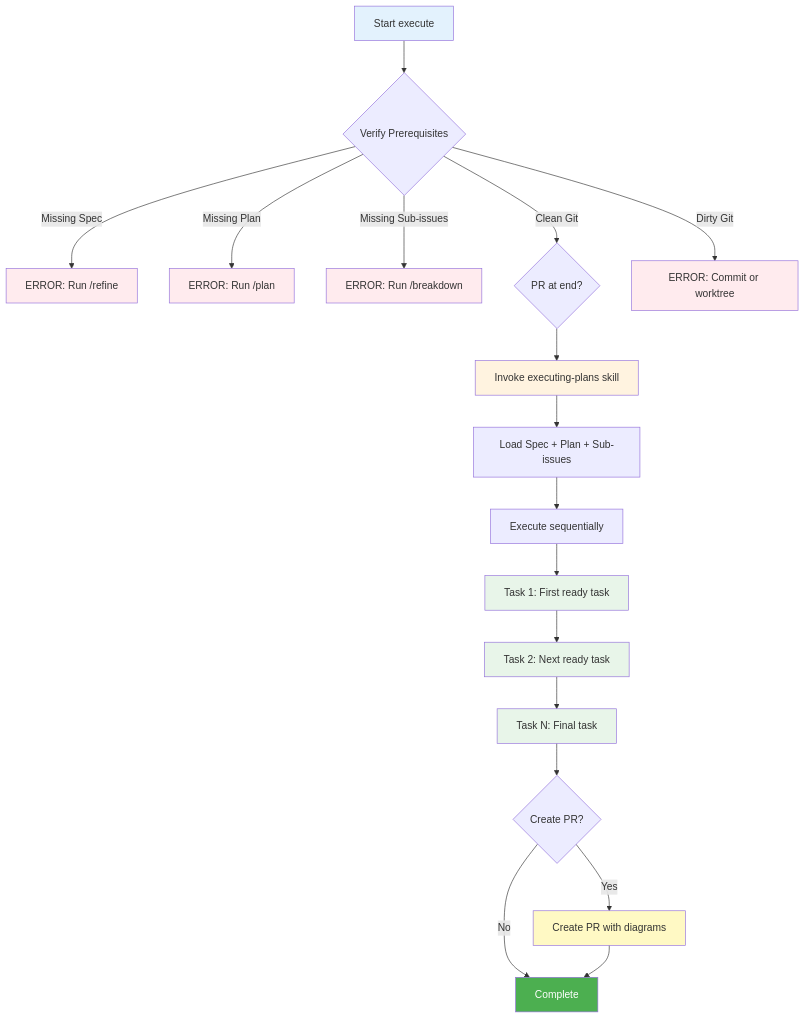
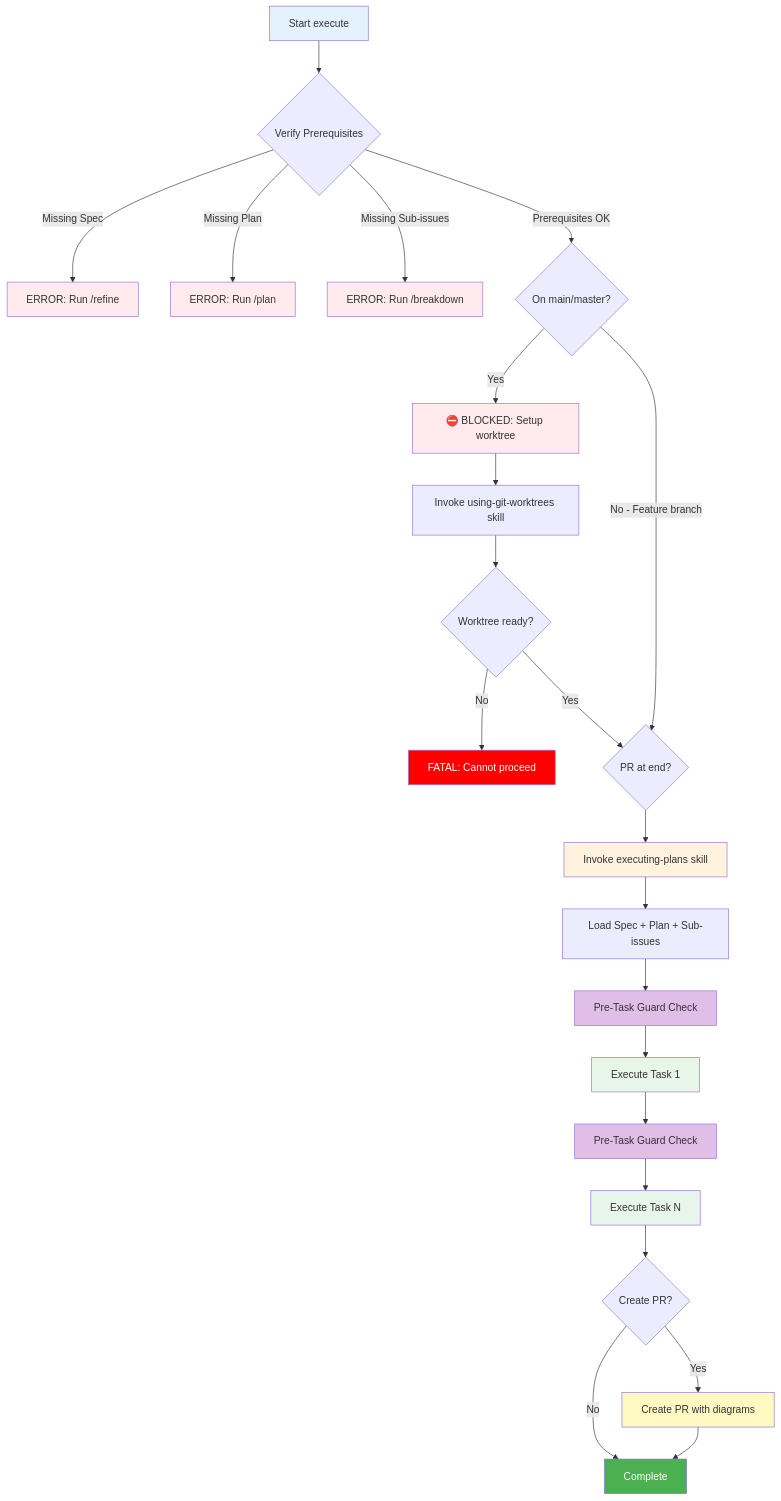
One commit to chainavawongse/ai-devkit changed the diagram in plugins/commands/execute.md. Above: the diagram before and after it, drawn with Mermaid. The commit also changed other lines of this file and 1 other file, not shown here.

Commit message:
fix(execute): enforce mandatory worktree usage with hard gate
- Add HARD GATE in Step 0.5 that blocks execution on main/master
- Add Step 2.75: Pre-Task Guard for session resume protection
- Update execute command with worktree requirement in Requirements
- Add workflow diagram showing worktree check and Pre-Task Guard
- Add Session Resumption section explaining Pre-Task Guard behavior
- Add Red Flags section with NEVER/ALWAYS guidelines
- Bump skill version to 2.2.0

The Pre-Task Guard ensures that even when sessions are resumed
(after context overflow), the worktree requirement is enforced
before each task dispatch.

🤖 Generated with [Claude Code](https://claude.com/claude-code)

````diff
--- a/plugins/commands/execute.md
+++ b/plugins/commands/execute.md
@@ -39,32 +43,41 @@
 ```mermaid
 graph TB
     A["Start execute"] --> B{Verify Prerequisites}
     B -->|Missing Spec| C["ERROR: Run /refine"]
     B -->|Missing Plan| D["ERROR: Run /plan"]
     B -->|Missing Sub-issues| E["ERROR: Run /breakdown"]
-    B -->|Clean Git| F{PR at end?}
-    B -->|Dirty Git| G["ERROR: Commit or worktree"]
+    B -->|Prerequisites OK| F{On main/master?}
 
-    F --> H[Invoke executing-plans skill]
-    H --> I[Load Spec + Plan + Sub-issues]
-    I --> J[Execute sequentially]
-    J --> K[Task 1: First ready task]
-    K --> L[Task 2: Next ready task]
-    L --> M[Task N: Final task]
-    M --> N{Create PR?}
-    N -->|Yes| O[Create PR with diagrams]
-    N -->|No| P[Complete]
-    O --> P
+    F -->|Yes| G["⛔ BLOCKED: Setup worktree"]
+    G --> H[Invoke using-git-worktrees skill]
+    H --> I{Worktree ready?}
+    I -->|No| J["FATAL: Cannot proceed"]
+    I -->|Yes| K{PR at end?}
+
+    F -->|No - Feature branch| K
+
+    K --> L[Invoke executing-plans skill]
+    L --> M[Load Spec + Plan + Sub-issues]
+    M --> N["Pre-Task Guard Check"]
+    N --> O[Execute Task 1]
+    O --> P["Pre-Task Guard Check"]
+    P --> Q[Execute Task N]
+    Q --> R{Create PR?}
+    R -->|Yes| S[Create PR with diagrams]
+    R -->|No| T[Complete]
+    S --> T
 
     style A fill:#e3f2fd
-    style H fill:#fff3e0
-    style K fill:#e8f5e9
-    style L fill:#e8f5e9
-    style M fill:#e8f5e9
-    style O fill:#fff9c4
-    style P fill:#4caf50,color:#fff
+    style G fill:#ffebee
+    style J fill:#ff0000,color:#fff
+    style L fill:#fff3e0
+    style N fill:#e1bee7
+    style P fill:#e1bee7
+    style O fill:#e8f5e9
+    style Q fill:#e8f5e9
+    style S fill:#fff9c4
+    style T fill:#4caf50,color:#fff
     style C fill:#ffebee
     style D fill:#ffebee
     style E fill:#ffebee
-    style G fill:#ffebee
 ```
````
